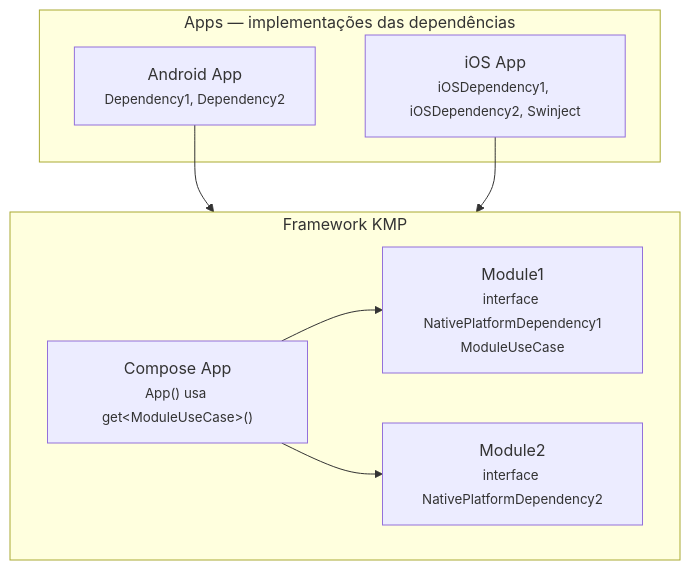
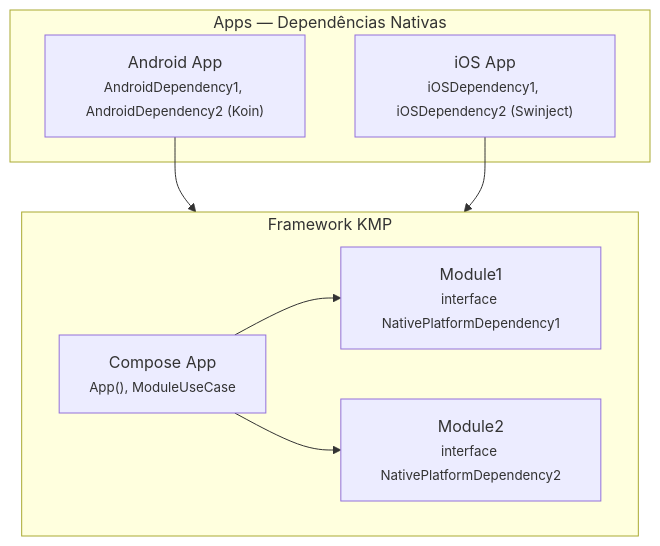
Before and after one commit to enirsilvaferraz/MyKoinCMPApplication: the diagram in README.md, drawn with Mermaid. The commit also changed other lines of this file, not shown here.

First line of the commit message:
Update README documentation for Koin and Swinject integration

````diff
--- a/README.md
+++ b/README.md
@@ -47,18 +47,18 @@
 ```mermaid
 flowchart TD
-    subgraph apps["Apps — implementações das dependências"]
-        androidApp["Android App<br/><small>Dependency1, Dependency2</small>"]
-        iosApp["iOS App<br/><small>iOSDependency1, iOSDependency2, Swinject</small>"]
+    subgraph apps["Apps — Dependências Nativas"]
+        androidApp["Android App<br/><small>AndroidDependency1, AndroidDependency2 (Koin)</small>"]
+        iosApp["iOS App<br/><small>iOSDependency1, iOSDependency2 (Swinject)</small>"]
     end
 
     subgraph framework["Framework KMP"]
-        composeApp["Compose App<br/><small>App() usa get&lt;ModuleUseCase&gt;()</small>"]
-        module1["Module1<br/><small>interface NativePlatformDependency1<br/>ModuleUseCase</small>"]
+        composeApp["Compose App<br/><small>App(), ModuleUseCase</small>"]
+        module1["Module1<br/><small>interface NativePlatformDependency1</small>"]
         module2["Module2<br/><small>interface NativePlatformDependency2</small>"]
     end
 
     androidApp --> framework
     iosApp --> framework
     composeApp --> module1
     composeApp --> module2
 ```
````
